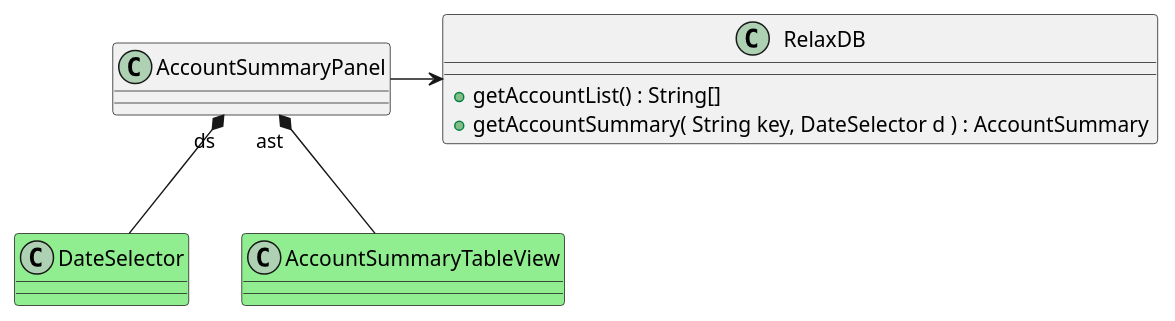
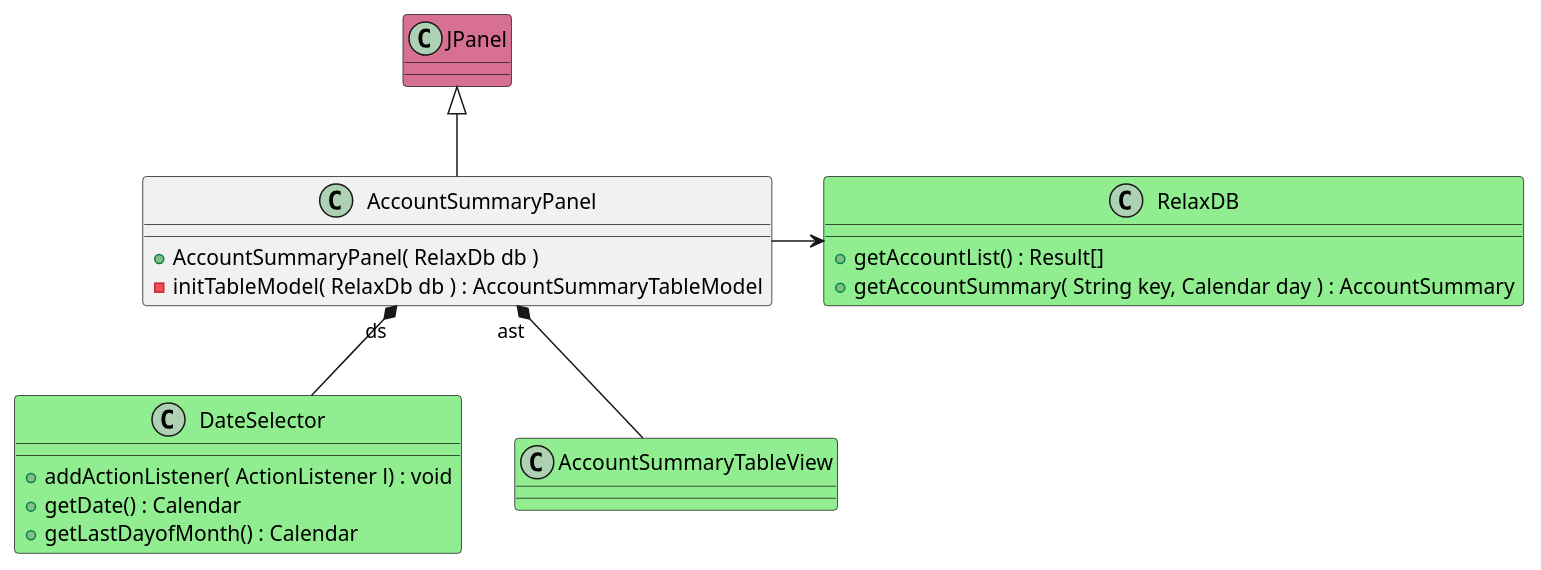
The diagram in docs/uml/accounts/accountpanel_class.puml (tp38/budget), drawn with PlantUML before and after one commit. The commit also changed 7 other files, not shown here.

```diff
--- a/docs/uml/accounts/accountpanel_class.puml
+++ b/docs/uml/accounts/accountpanel_class.puml
@@ -1,18 +1,27 @@
 @startuml 'classes relatives à accountPanel'
 
-class AccountSummaryPanel
+class JPanel #PaleVioletRed
+class AccountSummaryPanel {
+    + AccountSummaryPanel( RelaxDb db )
+    - initTableModel( RelaxDb db ) : AccountSummaryTableModel
+}
 
-class DateSelector #LightGreen
+class DateSelector #LightGreen {
+    + addActionListener( ActionListener l) : void
+    + getDate() : Calendar
+    + getLastDayofMonth() : Calendar
+}
 
 class AccountSummaryTableView #LightGreen
 
-class RelaxDB {
-    + getAccountList() : String[]
-    + getAccountSummary( String key, DateSelector d ) : AccountSummary
+class RelaxDB #LightGreen {
+    + getAccountList() : Result[]
+    + getAccountSummary( String key, Calendar day ) : AccountSummary
 }
 
+AccountSummaryPanel -up-|> JPanel
 AccountSummaryPanel "ds" *-- DateSelector
 AccountSummaryPanel "ast" *-- AccountSummaryTableView
 AccountSummaryPanel -> RelaxDB
 
 @enduml
```
